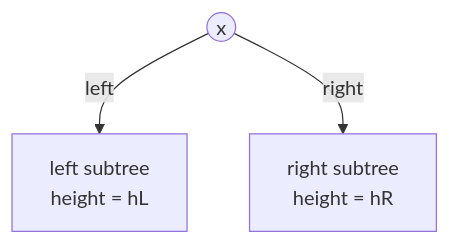
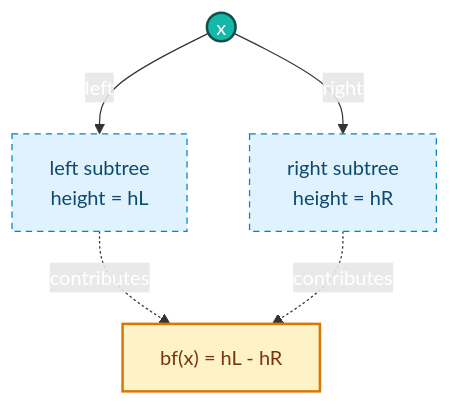
Before and after one commit to 77chenchen/ALGO-DSA-Notes: the diagram in Data Structure/Binary Search Tree/06 AVL Tree and Balance.md, drawn with Mermaid. The commit also changed 6 other files, not shown here.

````diff
--- a/Data Structure/Binary Search Tree/06 AVL Tree and Balance.md
+++ b/Data Structure/Binary Search Tree/06 AVL Tree and Balance.md
@@ -28,9 +28,20 @@
 ```mermaid
-graph TD
-    X((x))
+flowchart TD
+    X(("x"))
     L["left subtree<br/>height = hL"]
     R["right subtree<br/>height = hR"]
+    BF["bf(x) = hL - hR"]
 
     X -->|left| L
     X -->|right| R
+    L -.->|contributes| BF
+    R -.->|contributes| BF
+
+    classDef root fill:#14b8a6,stroke:#134e4a,color:#fff,stroke-width:2px;
+    classDef subtree fill:#e0f2fe,stroke:#0284c7,color:#0c4a6e,stroke-width:1px,stroke-dasharray: 5 4;
+    classDef formula fill:#fef3c7,stroke:#d97706,color:#78350f,stroke-width:2px;
+
+    class X root;
+    class L,R subtree;
+    class BF formula;
 ```
````
